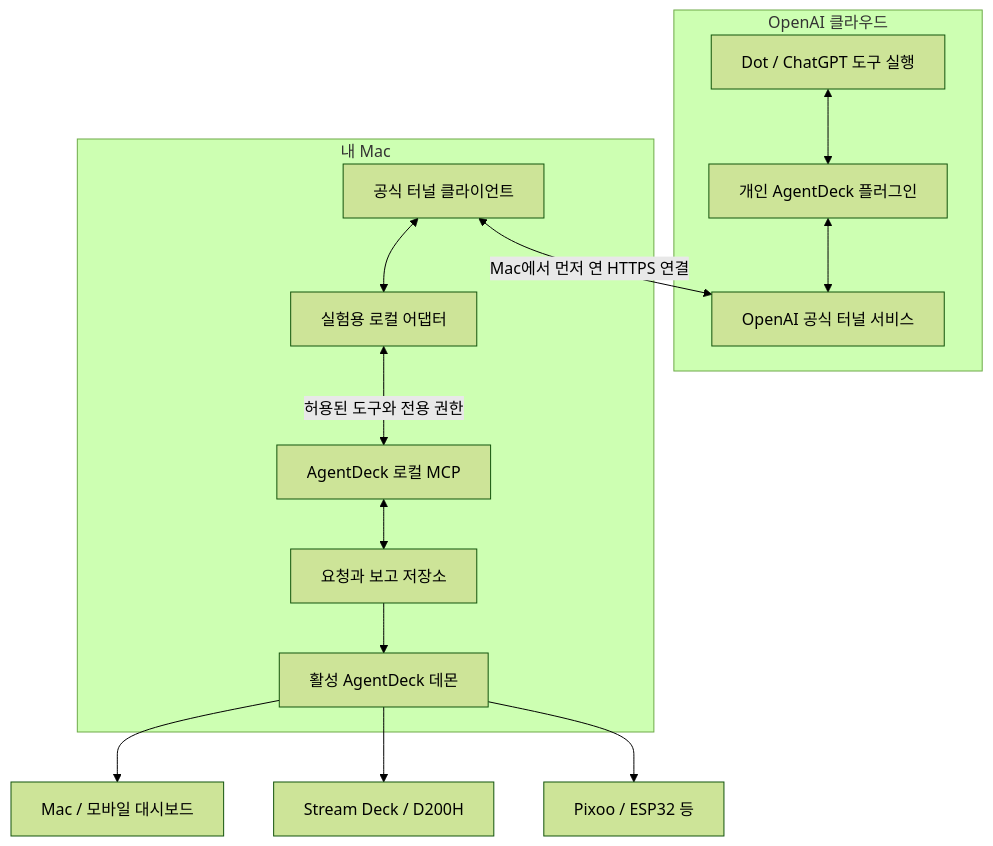
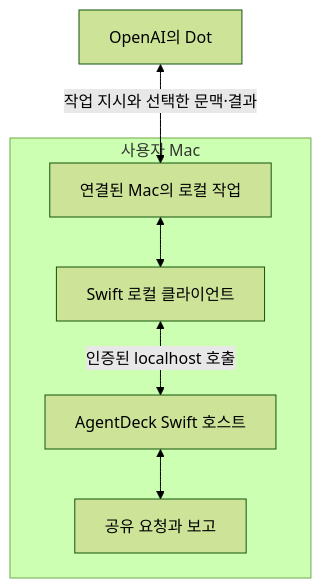
Before and after one commit to puritysb/AgentDeck: the diagram in docs/dot-connection-explained.ko.md, drawn with Mermaid (forest theme). The commit also changed other lines of this file and 54 other files, not shown here.

First line of the commit message:
wip(dot): preserve local-route native client and journey experiments

````diff
--- a/docs/dot-connection-explained.ko.md
+++ b/docs/dot-connection-explained.ko.md
@@ -34,25 +44,9 @@
 ```mermaid
 flowchart TB
-    subgraph CLOUD[OpenAI 클라우드]
-        DOT[Dot / ChatGPT 도구 실행]
-        PLUGIN[개인 AgentDeck 플러그인]
-        TUNNEL[OpenAI 공식 터널 서비스]
-        DOT <--> PLUGIN
-        PLUGIN <--> TUNNEL
+    DOT[OpenAI의 Dot] <-->|작업 지시와 선택한 문맥·결과| TASK[연결된 Mac의 로컬 작업]
+    subgraph MAC[사용자 Mac]
+        TASK <--> CLIENT[Swift 로컬 클라이언트]
+        CLIENT <-->|인증된 localhost 호출| HOST[AgentDeck Swift 호스트]
+        HOST <--> REQUEST[공유 요청과 보고]
     end
-    subgraph MAC[내 Mac]
-        CLIENT[공식 터널 클라이언트]
-        ADAPTER[실험용 로컬 어댑터]
-        MCP[AgentDeck 로컬 MCP]
-        STORE[요청과 보고 저장소]
-        HUB[활성 AgentDeck 데몬]
-        CLIENT <--> ADAPTER
-        ADAPTER <-->|허용된 도구와 전용 권한| MCP
-        MCP <--> STORE
-        STORE --> HUB
-    end
-    CLIENT <-->|Mac에서 먼저 연 HTTPS 연결| TUNNEL
-    HUB --> SCREEN[Mac / 모바일 대시보드]
-    HUB --> DECK[Stream Deck / D200H]
-    HUB --> PIXELS[Pixoo / ESP32 등]
 ```
````
